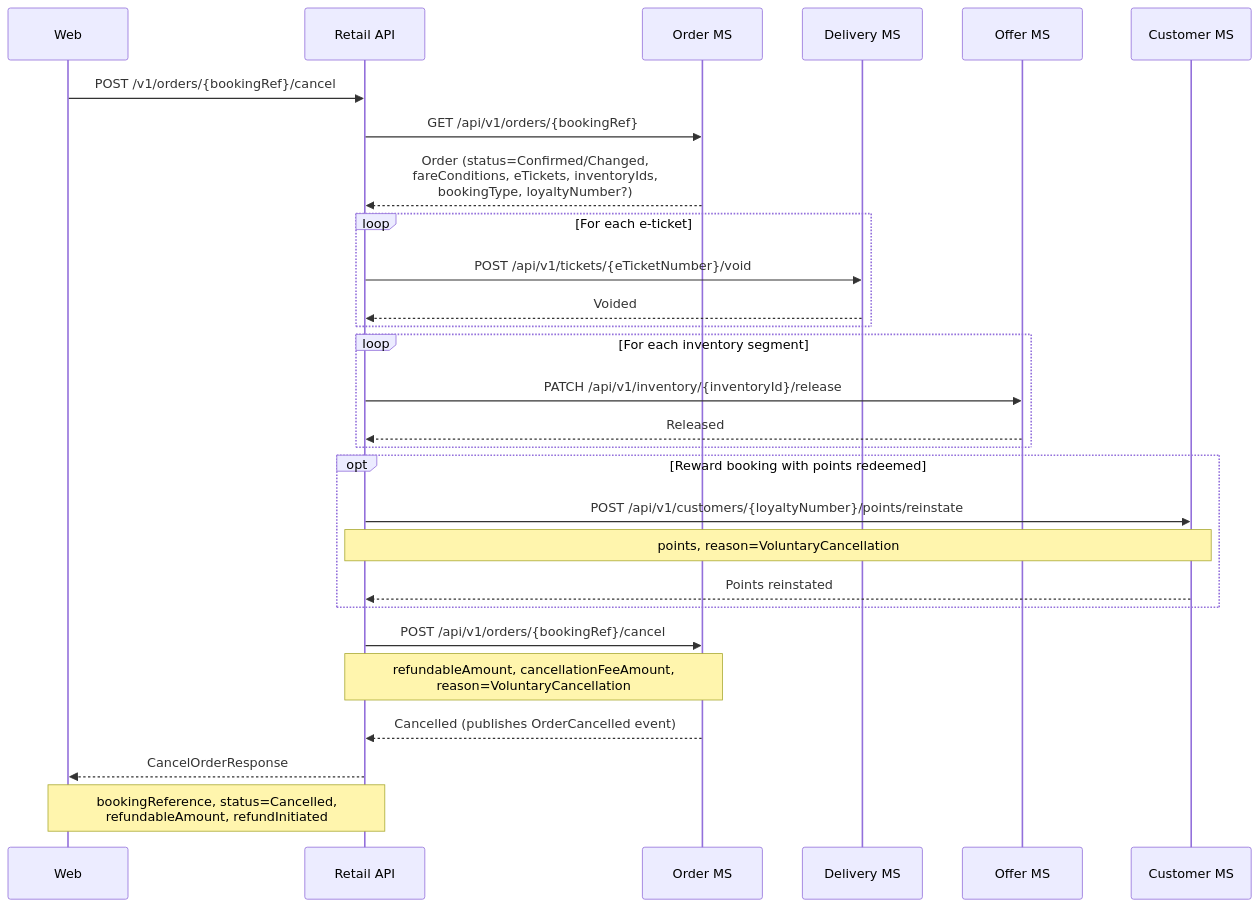
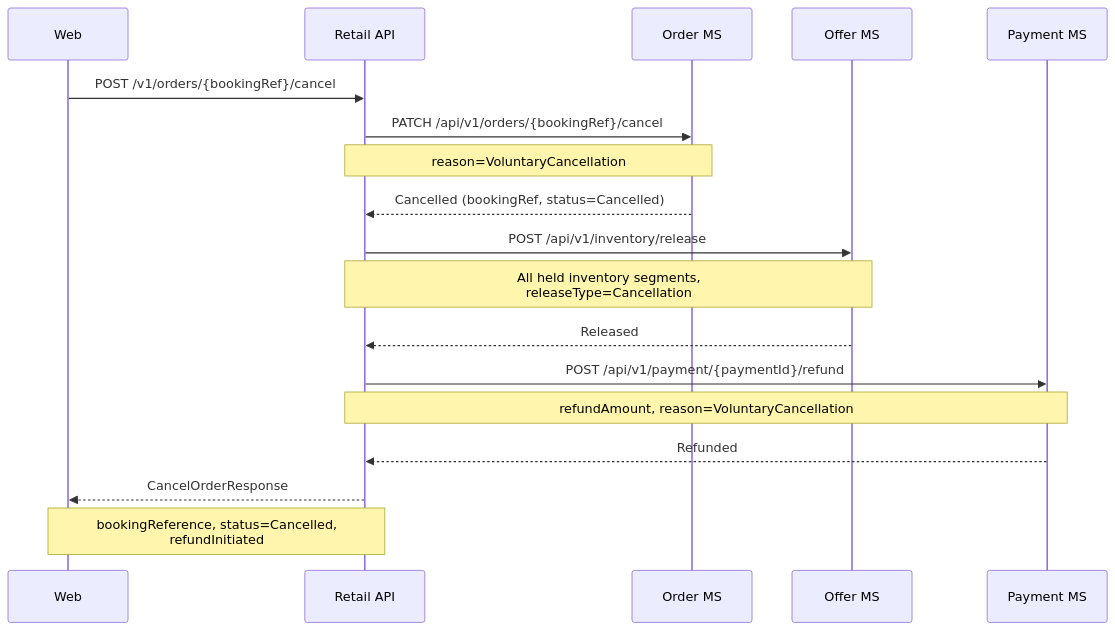
One commit to sebharvey/airline-reservation-system changed the seventh of 9 diagrams in documentation/sequences/manage-booking.md. Above: the diagram before and after it, drawn with Mermaid. The commit also changed other lines of this file and 11 other files, not shown here.

````diff
--- a/documentation/sequences/manage-booking.md
+++ b/documentation/sequences/manage-booking.md
@@ -237,37 +266,25 @@
 ```mermaid
 sequenceDiagram
     participant Web
     participant RetailAPI as Retail API
     participant OrderMS as Order MS
-    participant DeliveryMS as Delivery MS
     participant OfferMS as Offer MS
-    participant CustomerMS as Customer MS
+    participant PaymentMS as Payment MS
 
     Web->>RetailAPI: POST /v1/orders/{bookingRef}/cancel
 
-    RetailAPI->>OrderMS: GET /api/v1/orders/{bookingRef}
-    OrderMS-->>RetailAPI: Order (status=Confirmed/Changed,<br/>fareConditions, eTickets, inventoryIds,<br/>bookingType, loyaltyNumber?)
+    RetailAPI->>OrderMS: PATCH /api/v1/orders/{bookingRef}/cancel
+    Note over RetailAPI,OrderMS: reason=VoluntaryCancellation
+    OrderMS-->>RetailAPI: Cancelled (bookingRef, status=Cancelled)
 
-    loop For each e-ticket
-        RetailAPI->>DeliveryMS: POST /api/v1/tickets/{eTicketNumber}/void
-        DeliveryMS-->>RetailAPI: Voided
-    end
+    RetailAPI->>OfferMS: POST /api/v1/inventory/release
+    Note over RetailAPI,OfferMS: All held inventory segments,<br/>releaseType=Cancellation
+    OfferMS-->>RetailAPI: Released
 
-    loop For each inventory segment
-        RetailAPI->>OfferMS: PATCH /api/v1/inventory/{inventoryId}/release
-        OfferMS-->>RetailAPI: Released
-    end
-
-    opt Reward booking with points redeemed
-        RetailAPI->>CustomerMS: POST /api/v1/customers/{loyaltyNumber}/points/reinstate
-        Note over RetailAPI,CustomerMS: points, reason=VoluntaryCancellation
-        CustomerMS-->>RetailAPI: Points reinstated
-    end
-
-    RetailAPI->>OrderMS: POST /api/v1/orders/{bookingRef}/cancel
-    Note over RetailAPI,OrderMS: refundableAmount, cancellationFeeAmount,<br/>reason=VoluntaryCancellation
-    OrderMS-->>RetailAPI: Cancelled (publishes OrderCancelled event)
+    RetailAPI->>PaymentMS: POST /api/v1/payment/{paymentId}/refund
+    Note over RetailAPI,PaymentMS: refundAmount, reason=VoluntaryCancellation
+    PaymentMS-->>RetailAPI: Refunded
 
     RetailAPI-->>Web: CancelOrderResponse
-    Note over RetailAPI,Web: bookingReference, status=Cancelled,<br/>refundableAmount, refundInitiated
+    Note over RetailAPI,Web: bookingReference, status=Cancelled,<br/>refundInitiated
 ```
````
